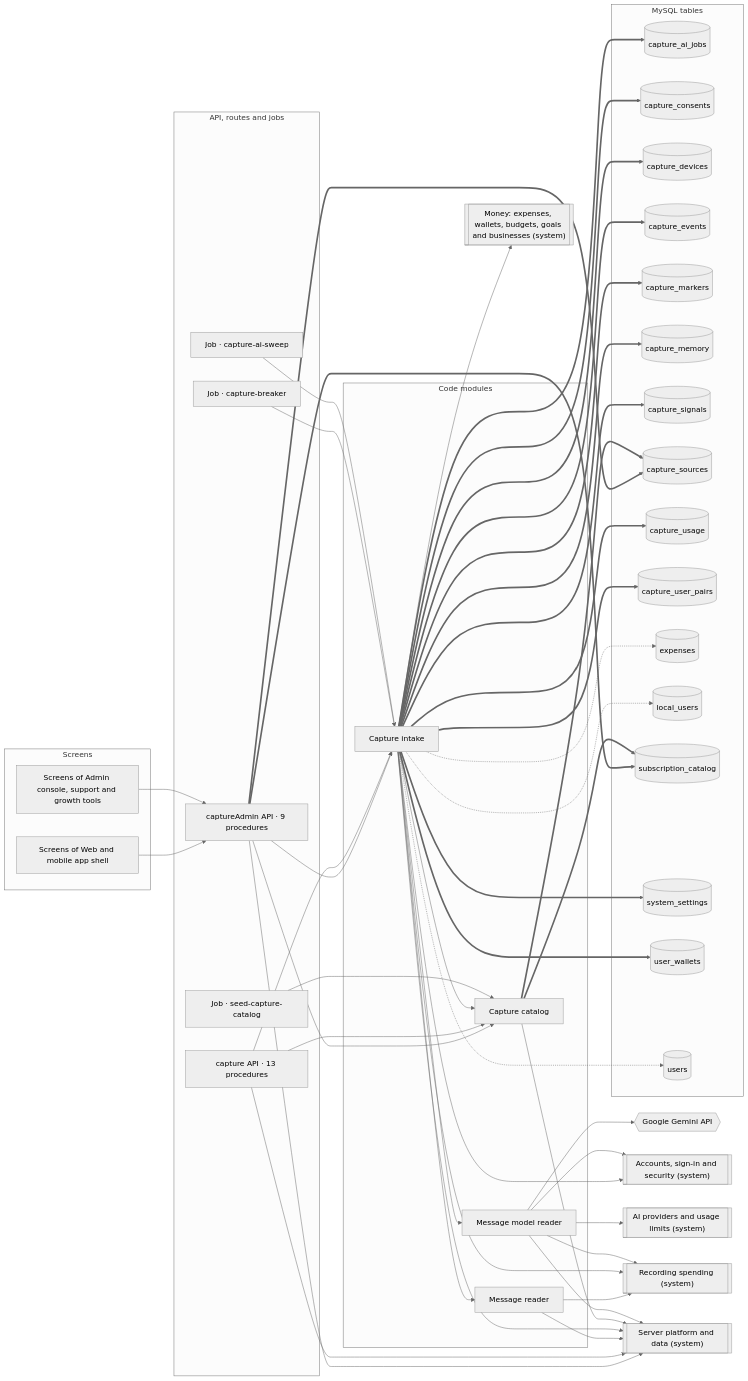
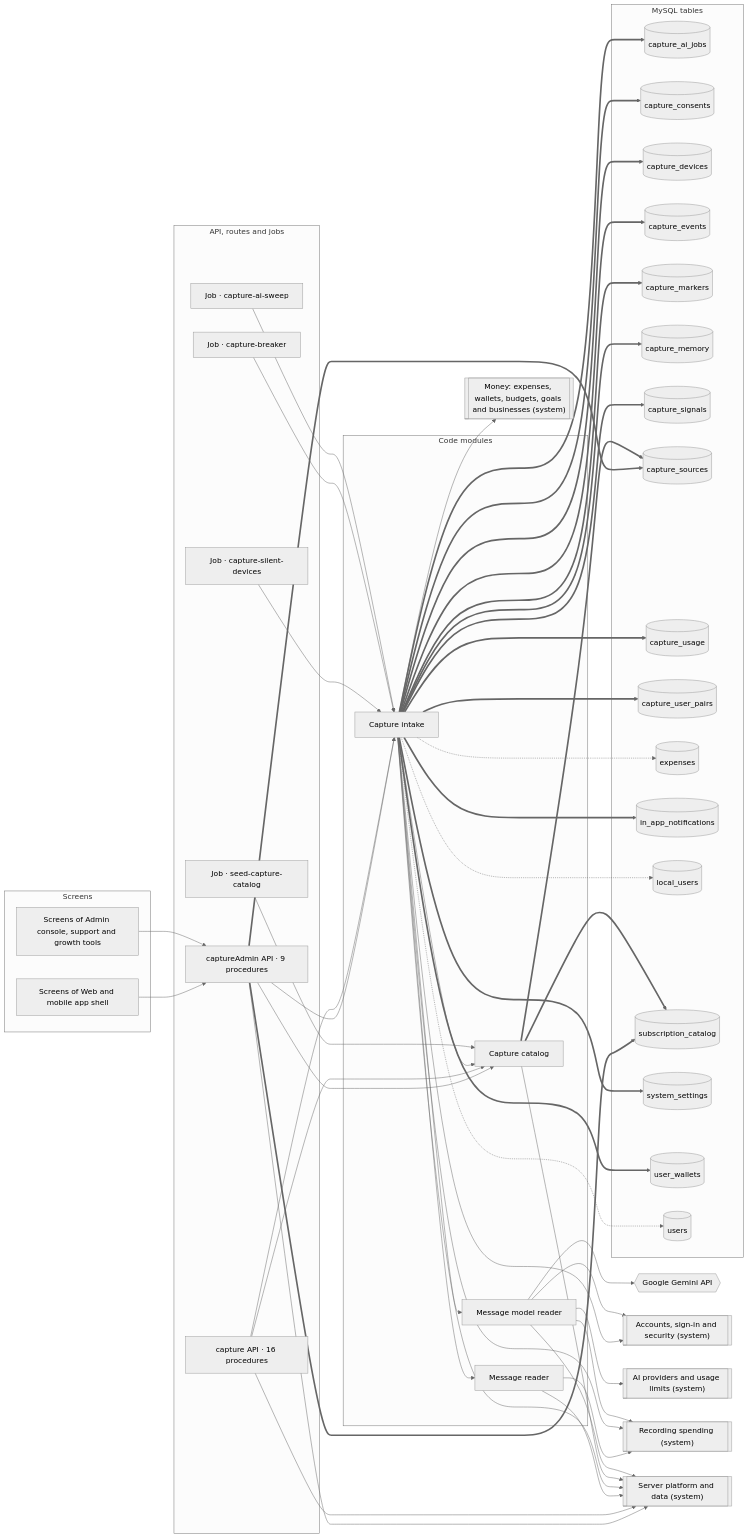
One commit to mahmoudtaherr111/smartspend_mini_all changed the diagram in docs/atlas/systems/bank-messages.md. Above: the diagram before and after it, drawn with Mermaid (neutral theme). The commit also changed other lines of this file and 52 other files, not shown here.

```diff
--- a/docs/atlas/systems/bank-messages.md
+++ b/docs/atlas/systems/bank-messages.md
@@ -19,9 +19,10 @@
   subgraph g_api["API, routes and jobs"]
     job_capture_ai_sweep["Job · capture-ai-sweep"]
     job_capture_breaker["Job · capture-breaker"]
+    job_capture_silent_devices["Job · capture-silent-devices"]
     job_seed_capture_catalog["Job · seed-capture-catalog"]
     router_captureAdmin["captureAdmin API · 9 procedures"]
-    router_capture["capture API · 13 procedures"]
+    router_capture["capture API · 16 procedures"]
   end
   subgraph g_modules["Code modules"]
     mod_capture_ai_reader["Message model reader"]
@@ -41,6 +42,7 @@
     tbl_capture_usage[("capture_usage")]
     tbl_capture_user_pairs[("capture_user_pairs")]
     tbl_expenses[("expenses")]
+    tbl_in_app_notifications[("in_app_notifications")]
     tbl_local_users[("local_users")]
     tbl_subscription_catalog[("subscription_catalog")]
     tbl_system_settings[("system_settings")]
@@ -55,6 +57,7 @@
   sys_platform[["Server platform and data (system)"]]
   job_capture_ai_sweep --> mod_capture_intake
   job_capture_breaker --> mod_capture_intake
+  job_capture_silent_devices --> mod_capture_intake
   job_seed_capture_catalog --> mod_capture_catalog
   mod_capture_ai_reader --> ext_gemini
   mod_capture_ai_reader --> sys_accounts
@@ -83,6 +86,7 @@
   mod_capture_intake ==> tbl_capture_signals
   mod_capture_intake ==> tbl_capture_usage
   mod_capture_intake ==> tbl_capture_user_pairs
+  mod_capture_intake ==> tbl_in_app_notifications
   mod_capture_intake ==> tbl_system_settings
   mod_capture_intake ==> tbl_user_wallets
   mod_capture_reader --> sys_expense_capture
```
